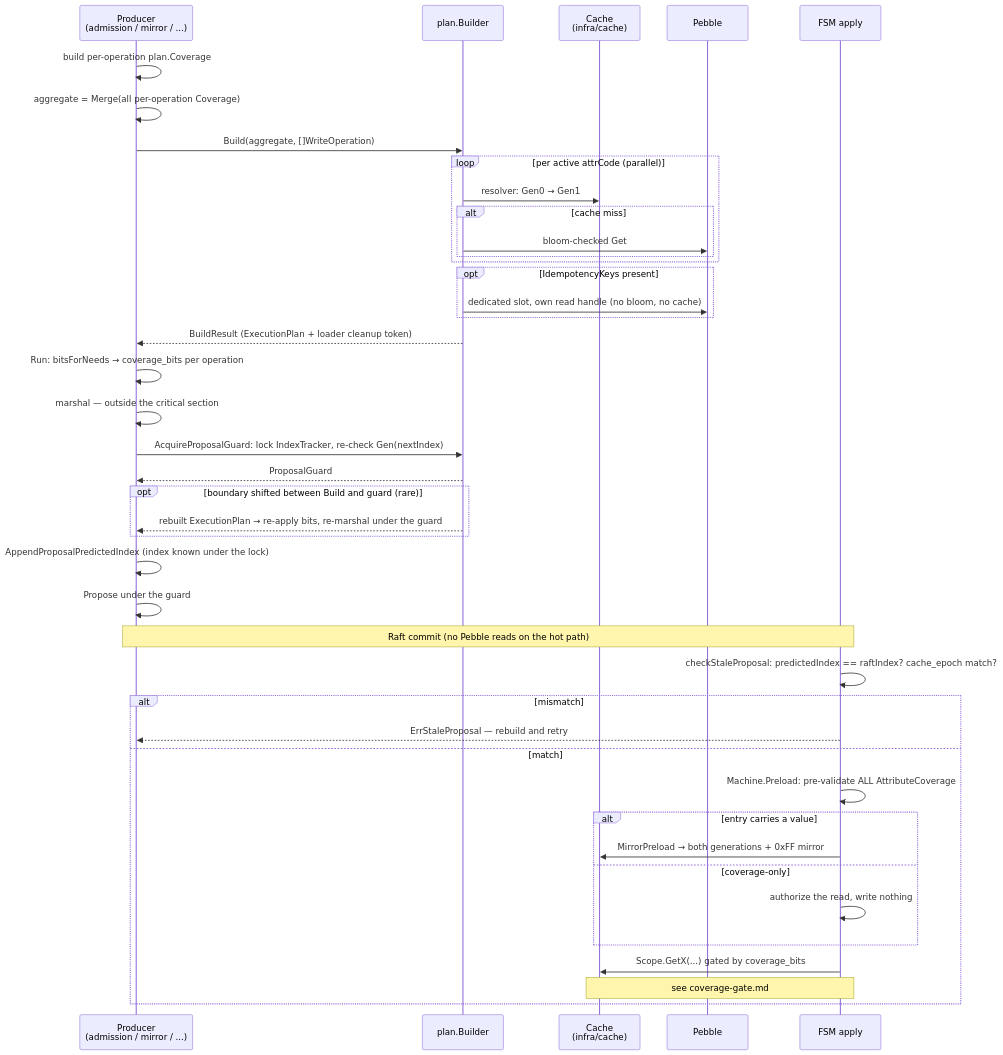
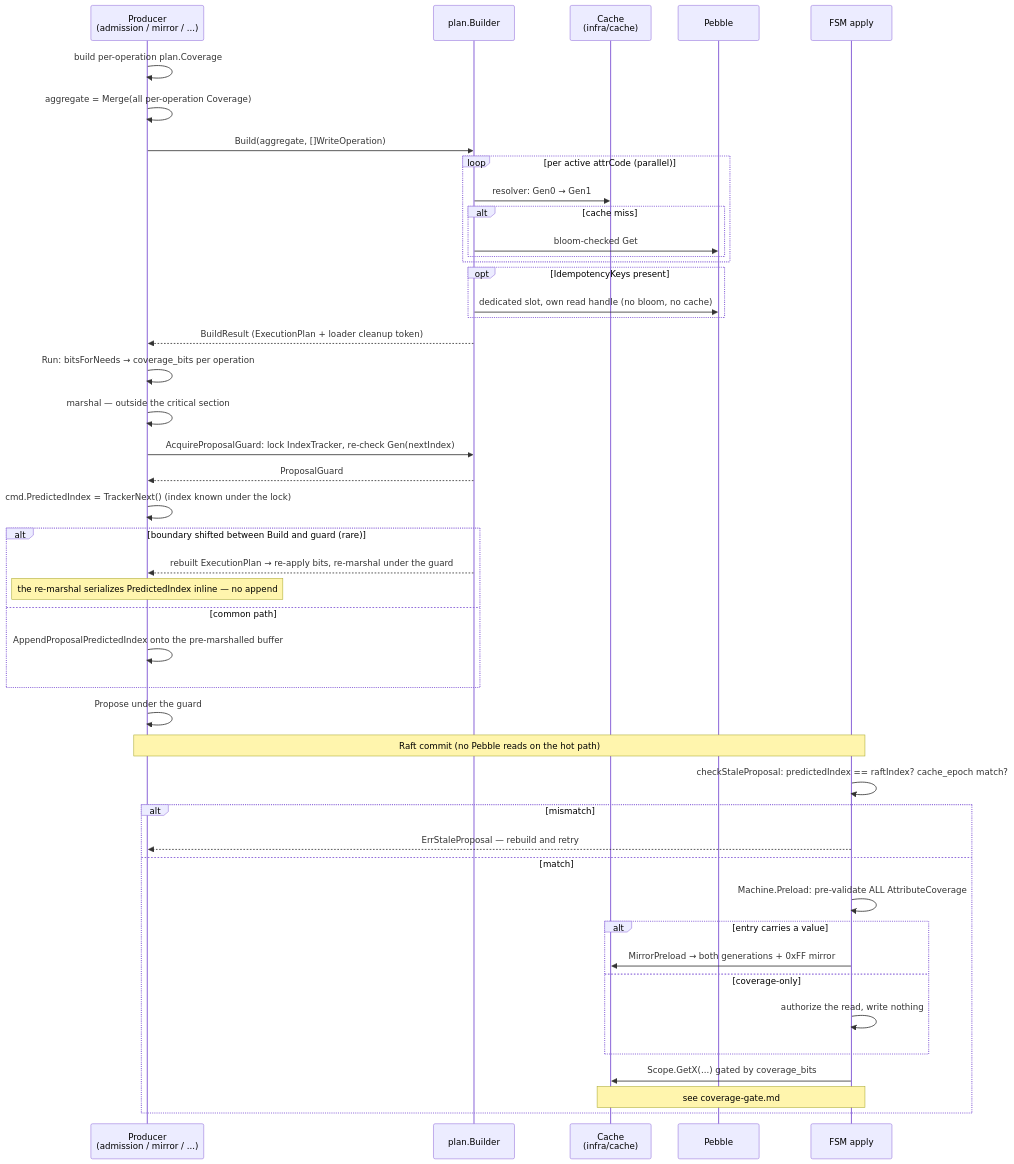
One commit to formancehq/ledger changed the second of 2 diagrams in docs/technical/architecture/subsystems/fsm/preload.md. Above: the diagram before and after it, drawn with Mermaid. The commit also changed other lines of this file, not shown here.

Commit message:
docs(EN-1565): scope the cache_epoch gate and the predicted-index append
Two findings on the rewritten page.

The cache_epoch section stated the gate unconditionally while the
no-preload fast path four lines above already said runWithoutPreload
strips cache_epoch, so the page answered the same question both ways.
The strip is deliberate (runner.go: an idempotency-only proposal
resolved nothing a cache reset could invalidate), and the paragraph now
says so.

The sequence diagram put AppendProposalPredictedIndex after the
boundary-shift branch, i.e. on both paths. PredictedIndex is assigned to
cmd before the branch; the rebuild path re-marshals and serializes it
inline, only the common path appends. Diagram split into alt/else and
the prose above it qualified to match.

````diff
--- a/docs/technical/architecture/subsystems/fsm/preload.md
+++ b/docs/technical/architecture/subsystems/fsm/preload.md
@@ -215,45 +217,48 @@
 ```mermaid
 sequenceDiagram
     participant P as Producer<br/>(admission / mirror / ...)
     participant B as plan.Builder
     participant C as Cache<br/>(infra/cache)
     participant Peb as Pebble
     participant FSM as FSM apply
 
     P->>P: build per-operation plan.Coverage
     P->>P: aggregate = Merge(all per-operation Coverage)
     P->>B: Build(aggregate, []WriteOperation)
     loop per active attrCode (parallel)
         B->>C: resolver: Gen0 → Gen1
         alt cache miss
             B->>Peb: bloom-checked Get
         end
     end
     opt IdempotencyKeys present
         B->>Peb: dedicated slot, own read handle (no bloom, no cache)
     end
     B-->>P: BuildResult (ExecutionPlan + loader cleanup token)
     P->>P: Run: bitsForNeeds → coverage_bits per operation
     P->>P: marshal — outside the critical section
     P->>B: AcquireProposalGuard: lock IndexTracker, re-check Gen(nextIndex)
     B-->>P: ProposalGuard
-    opt boundary shifted between Build and guard (rare)
+    P->>P: cmd.PredictedIndex = TrackerNext() (index known under the lock)
+    alt boundary shifted between Build and guard (rare)
         B-->>P: rebuilt ExecutionPlan → re-apply bits, re-marshal under the guard
+        Note over P: the re-marshal serializes PredictedIndex inline — no append
+    else common path
+        P->>P: AppendProposalPredictedIndex onto the pre-marshalled buffer
     end
-    P->>P: AppendProposalPredictedIndex (index known under the lock)
     P->>P: Propose under the guard
     Note over P,FSM: Raft commit (no Pebble reads on the hot path)
     FSM->>FSM: checkStaleProposal: predictedIndex == raftIndex? cache_epoch match?
     alt mismatch
         FSM-->>P: ErrStaleProposal — rebuild and retry
     else match
         FSM->>FSM: Machine.Preload: pre-validate ALL AttributeCoverage
         alt entry carries a value
             FSM->>C: MirrorPreload → both generations + 0xFF mirror
         else coverage-only
             FSM->>FSM: authorize the read, write nothing
         end
         FSM->>C: Scope.GetX(...) gated by coverage_bits
         Note over FSM,C: see coverage-gate.md
     end
 ```
````
